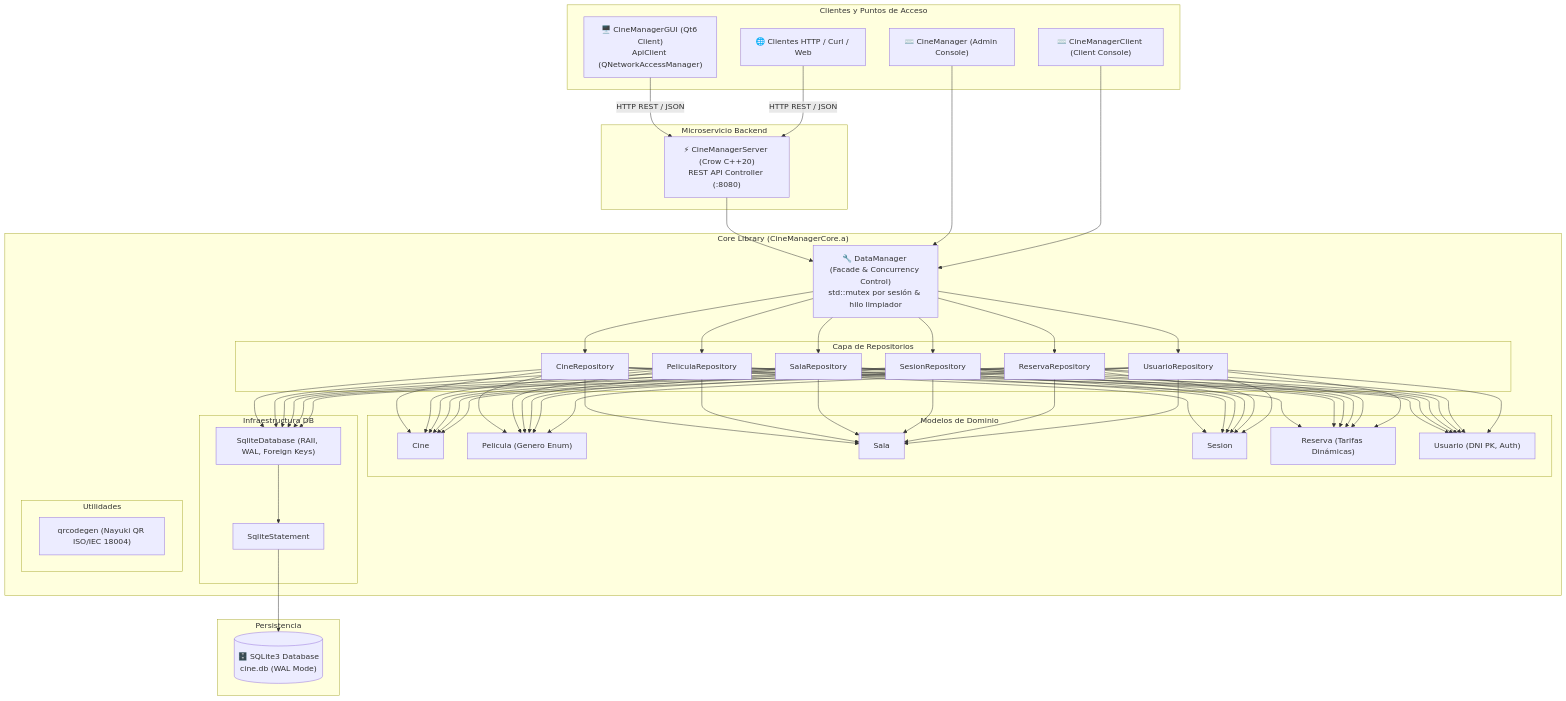
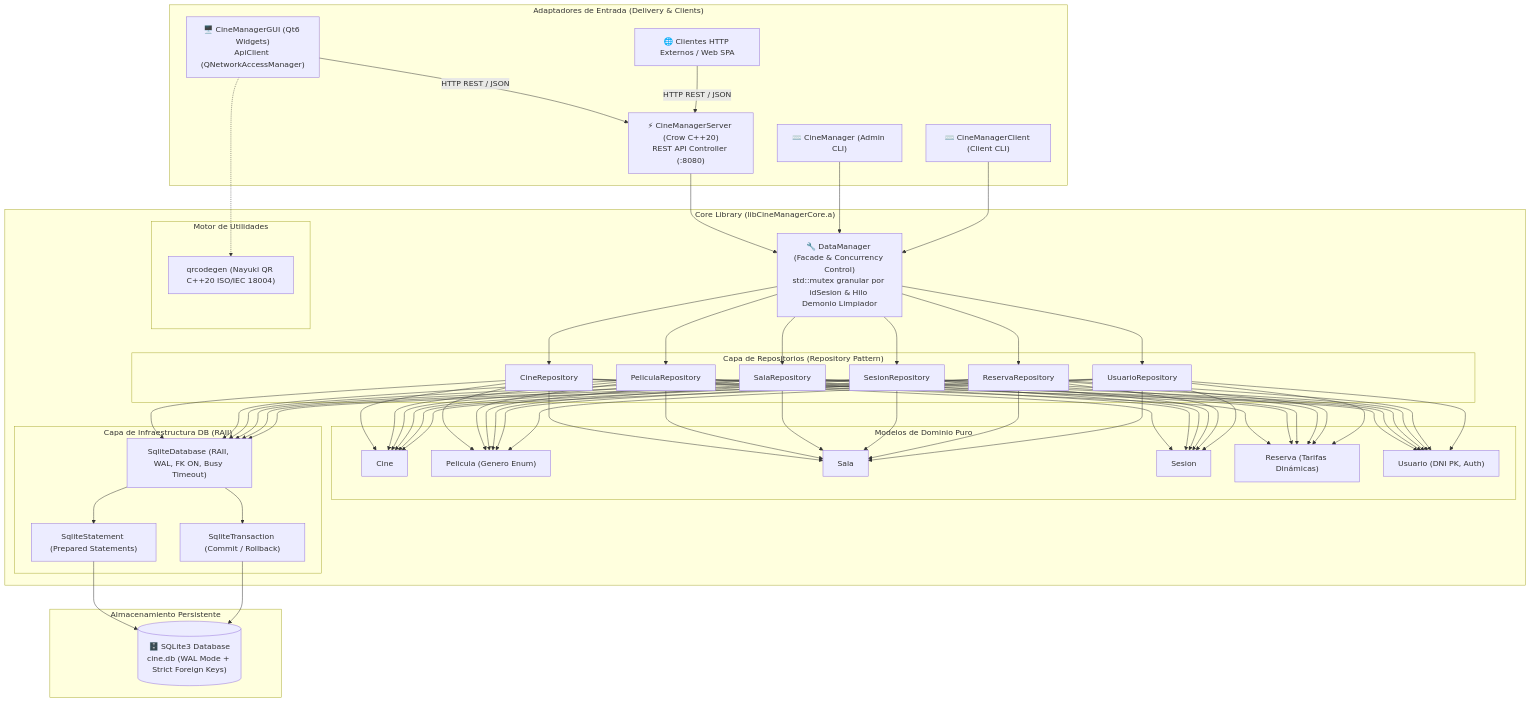
One commit to jorgebd21/CineManager changed the diagram in README.md. Above: the diagram before and after it, drawn with Mermaid. The commit also changed other lines of this file and 3 other files, not shown here.

First line of the commit message:
docs: update documentation and assets for modernized architecture

````diff
--- a/README.md
+++ b/README.md
@@ -26,60 +125,59 @@
 ```mermaid
 graph TB
-    subgraph "Clientes y Puntos de Acceso"
-        GUI["🖥️ CineManagerGUI (Qt6 Client)<br/>ApiClient (QNetworkAccessManager)"]
-        CLI_A["⌨️ CineManager (Admin Console)"]
-        CLI_C["⌨️ CineManagerClient (Client Console)"]
-        CURL["🌐 Clientes HTTP / Curl / Web"]
+    subgraph "Adaptadores de Entrada (Delivery & Clients)"
+        GUI["🖥️ CineManagerGUI (Qt6 Widgets)<br/>ApiClient (QNetworkAccessManager)"]
+        SERVER["⚡ CineManagerServer (Crow C++20)<br/>REST API Controller (:8080)"]
+        CLI_A["⌨️ CineManager (Admin CLI)"]
+        CLI_C["⌨️ CineManagerClient (Client CLI)"]
+        CURL["🌐 Clientes HTTP Externos / Web SPA"]
     end
 
-    subgraph "Microservicio Backend"
-        SERVER["⚡ CineManagerServer (Crow C++20)<br/>REST API Controller (:8080)"]
-    end
-
-    subgraph "Core Library (CineManagerCore.a)"
-        DM["🔧 DataManager (Facade & Concurrency Control)<br/>std::mutex por sesión & hilo limpiador"]
+    subgraph "Core Library (libCineManagerCore.a)"
+        DM["🔧 DataManager (Facade & Concurrency Control)<br/>std::mutex granular por idSesion & Hilo Demonio Limpiador"]
         
-        subgraph "Capa de Repositorios"
+        subgraph "Capa de Repositorios (Repository Pattern)"
             CR["CineRepository"]
             PR["PeliculaRepository"]
             SR["SalaRepository"]
             SER["SesionRepository"]
             RR["ReservaRepository"]
             UR["UsuarioRepository"]
         end
 
-        subgraph "Modelos de Dominio"
+        subgraph "Modelos de Dominio Puro"
             M1["Cine"]
             M2["Pelicula (Genero Enum)"]
             M3["Sala"]
             M4["Sesion"]
             M5["Reserva (Tarifas Dinámicas)"]
             M6["Usuario (DNI PK, Auth)"]
         end
 
-        subgraph "Infraestructura DB"
-            DB["SqliteDatabase (RAII, WAL, Foreign Keys)"]
-            STMT["SqliteStatement"]
+        subgraph "Capa de Infraestructura DB (RAII)"
+            DB["SqliteDatabase (RAII, WAL, FK ON, Busy Timeout)"]
+            STMT["SqliteStatement (Prepared Statements)"]
+            TX["SqliteTransaction (Commit / Rollback)"]
         end
 
-        subgraph "Utilidades"
-            QR["qrcodegen (Nayuki QR ISO/IEC 18004)"]
+        subgraph "Motor de Utilidades"
+            QR["qrcodegen (Nayuki QR C++20 ISO/IEC 18004)"]
         end
     end
 
-    subgraph "Persistencia"
-        SQLITE[("🗄️ SQLite3 Database<br/>cine.db (WAL Mode)")]
+    subgraph "Almacenamiento Persistente"
+        SQLITE[("🗄️ SQLite3 Database<br/>cine.db (WAL Mode + Strict Foreign Keys)")]
     end
 
     GUI -->|HTTP REST / JSON| SERVER
     CURL -->|HTTP REST / JSON| SERVER
     SERVER --> DM
     CLI_A --> DM
     CLI_C --> DM
+    GUI -.-> QR
 
     DM --> CR & PR & SR & SER & RR & UR
     CR & PR & SR & SER & RR & UR --> DB
     CR & PR & SR & SER & RR & UR --> M1 & M2 & M3 & M4 & M5 & M6
-    DB --> STMT
-    STMT --> SQLITE
+    DB --> STMT & TX
+    STMT & TX --> SQLITE
 ```
````
